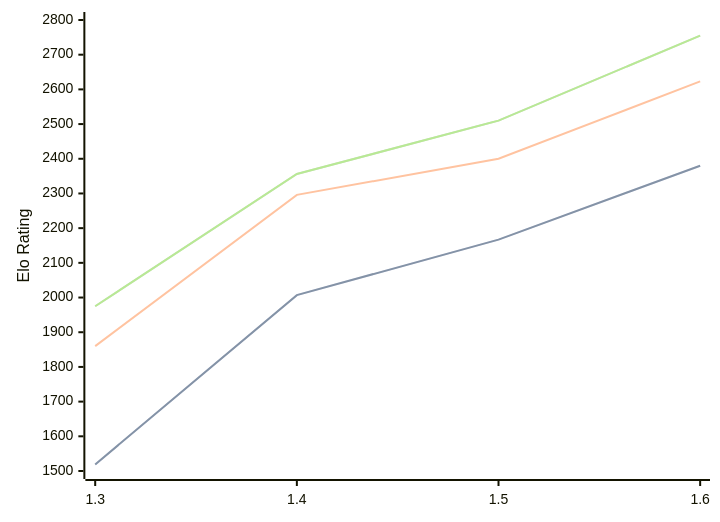
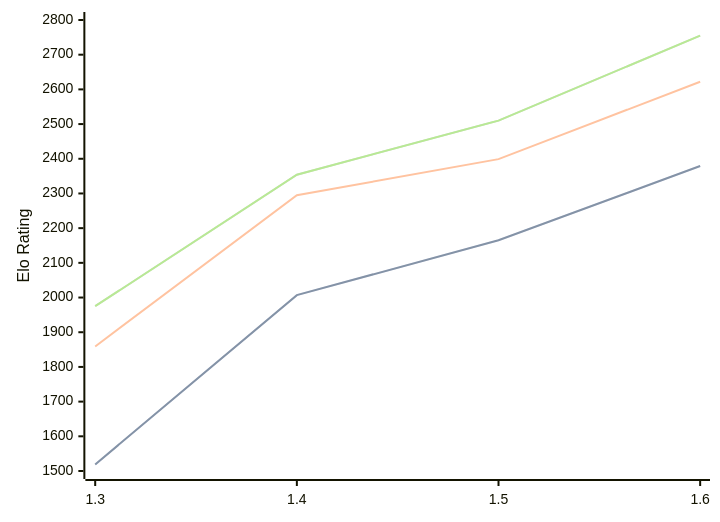
Before and after one commit to computer-chess-index/cci: the diagram in engines/Facon.md, drawn with Mermaid. The commit also changed other lines of this file, not shown here.

Commit message:
Update CCI Ratings (ELO VLTC) - 2026-10-01

````diff
--- a/engines/Facon.md
+++ b/engines/Facon.md
@@ -35,11 +35,11 @@
 ```mermaid
 %%{init: {"theme":"base","themeVariables":{"seriesColors:['#a3a3a3','#222221','#faa371']}}}%%
 xychart-beta
   x-axis ["1.3", "1.4", "1.5", "1.6"]
   y-axis "Elo Rating" 1500 --> 2800
-  line "" [1519, 2007, 2167, 2380]
-  line "STC (8.0+0.08s)" [1519, 2007, 2167, 2380]
-  line "LTC (60.0+0.60s)" [1860, 2296, 2400, 2623]
-  line "" [1975, 2356, 2510, 2755]
-  line "VLTC (2m24s+1.12s)" [1975, 2356, 2510, 2755]
+  line "" [1519, 2007, 2165, 2379]
+  line "STC (8.0+0.08s)" [1519, 2007, 2165, 2379]
+  line "LTC (60.0+0.60s)" [1859, 2295, 2399, 2622]
+  line "" [1975, 2354, 2510, 2755]
+  line "VLTC (2m24s+1.12s)" [1975, 2354, 2510, 2755]
 ```
````
